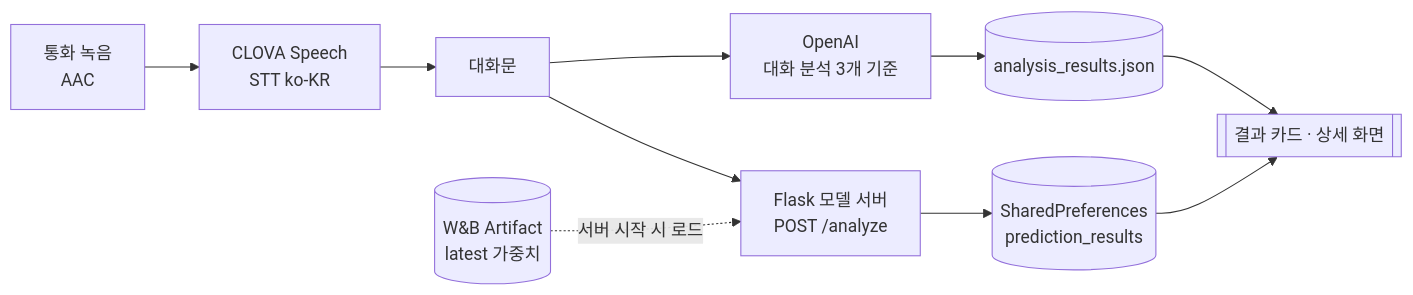
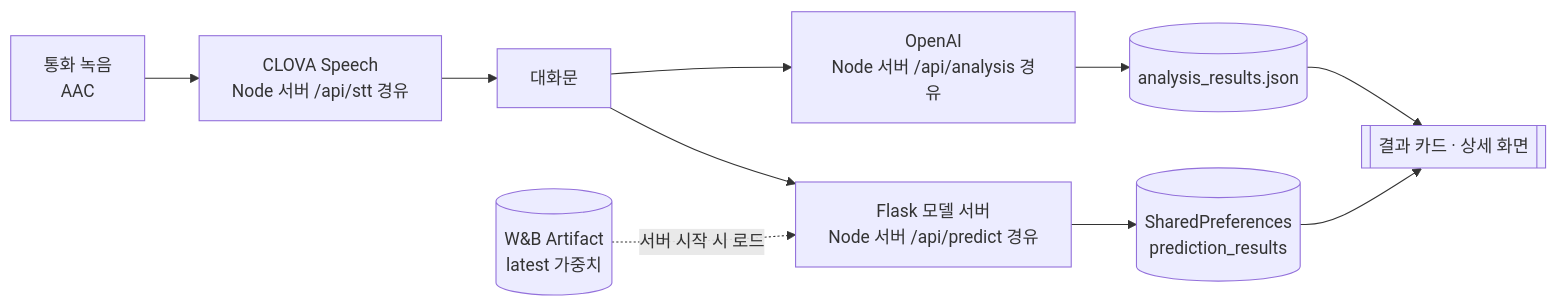
Before and after one commit to cres17/CapstoneDesign: the third of 5 diagrams in README.md, drawn with Mermaid. The commit also changed other lines of this file and 28 other files, not shown here.

````diff
--- a/README.md
+++ b/README.md
@@ -126,11 +129,11 @@
 ```mermaid
 flowchart LR
-  R[통화 녹음<br/>AAC] --> STT[CLOVA Speech<br/>STT ko-KR]
+  R[통화 녹음<br/>AAC] --> STT[CLOVA Speech<br/>Node 서버 /api/stt 경유]
   STT --> T[대화문]
-  T --> O[OpenAI<br/>대화 분석 3개 기준]
-  T --> F[Flask 모델 서버<br/>POST /analyze]
+  T --> O[OpenAI<br/>Node 서버 /api/analysis 경유]
+  T --> F[Flask 모델 서버<br/>Node 서버 /api/predict 경유]
   O --> J[(analysis_results.json)]
   F --> P[(SharedPreferences<br/>prediction_results)]
   J & P --> UI[[결과 카드 · 상세 화면]]
   W[(W&B Artifact<br/>latest 가중치)] -. 서버 시작 시 로드 .-> F
 ```
````
